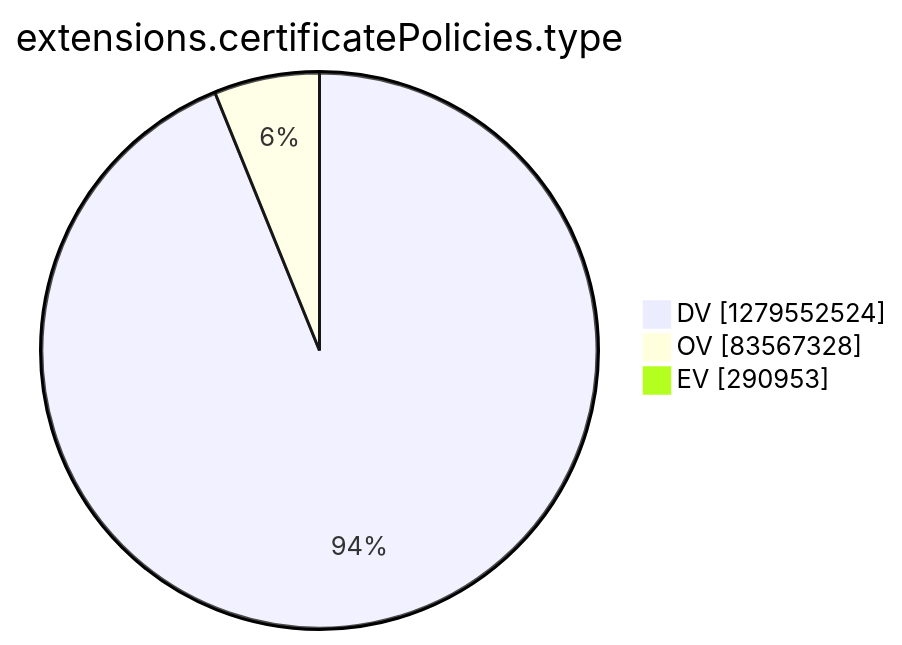
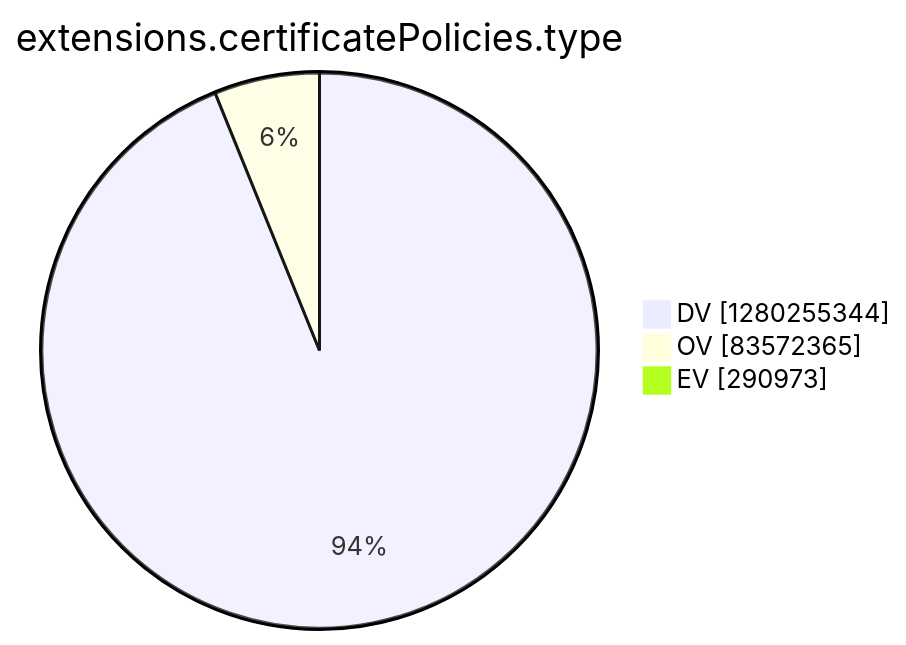
One commit to christiankrug/ctmonitor_visualization changed the tenth of 15 diagrams in argon2022/README.md. Above: the diagram before and after it, drawn with Mermaid. The commit also changed other lines of this file, not shown here.

````diff
--- a/argon2022/README.md
+++ b/argon2022/README.md
@@ -2771,7 +2771,7 @@
 ```mermaid
 pie showData
 title extensions.certificatePolicies.type
-"DV" :1279552524
-"OV" :83567328
-"EV" :290953
+"DV" :1280255344
+"OV" :83572365
+"EV" :290973
 ```
````
